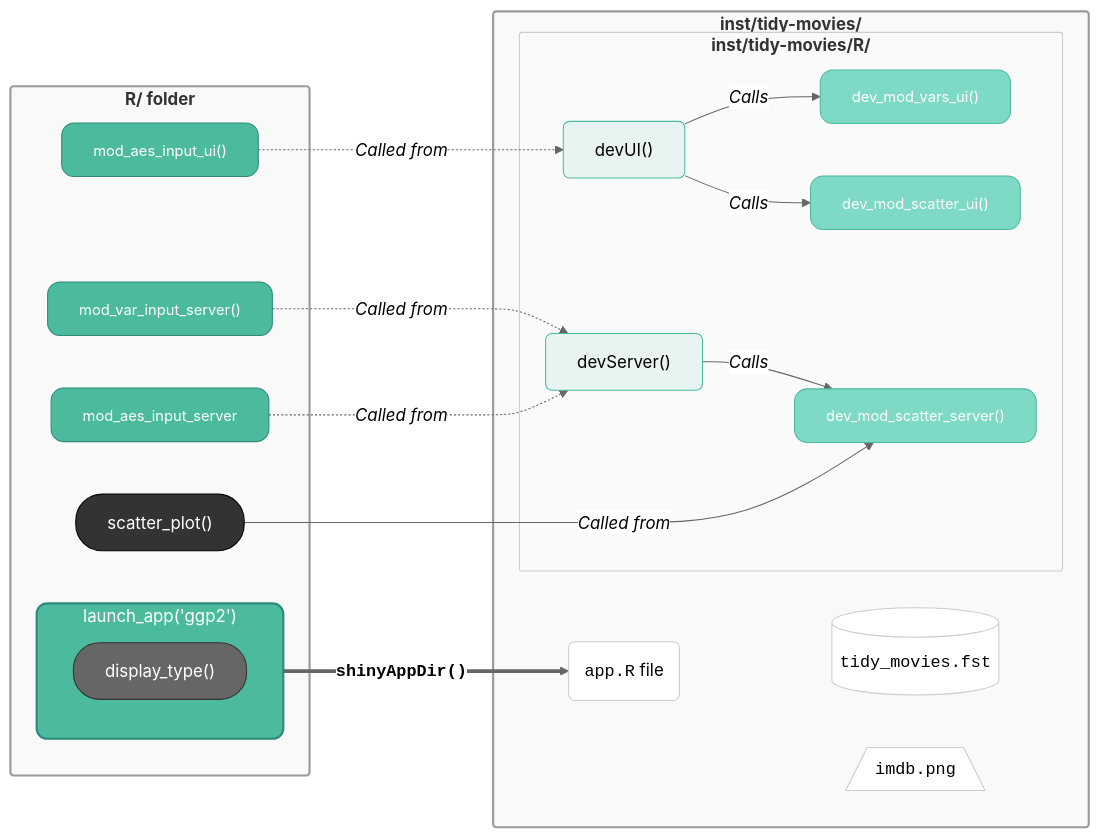
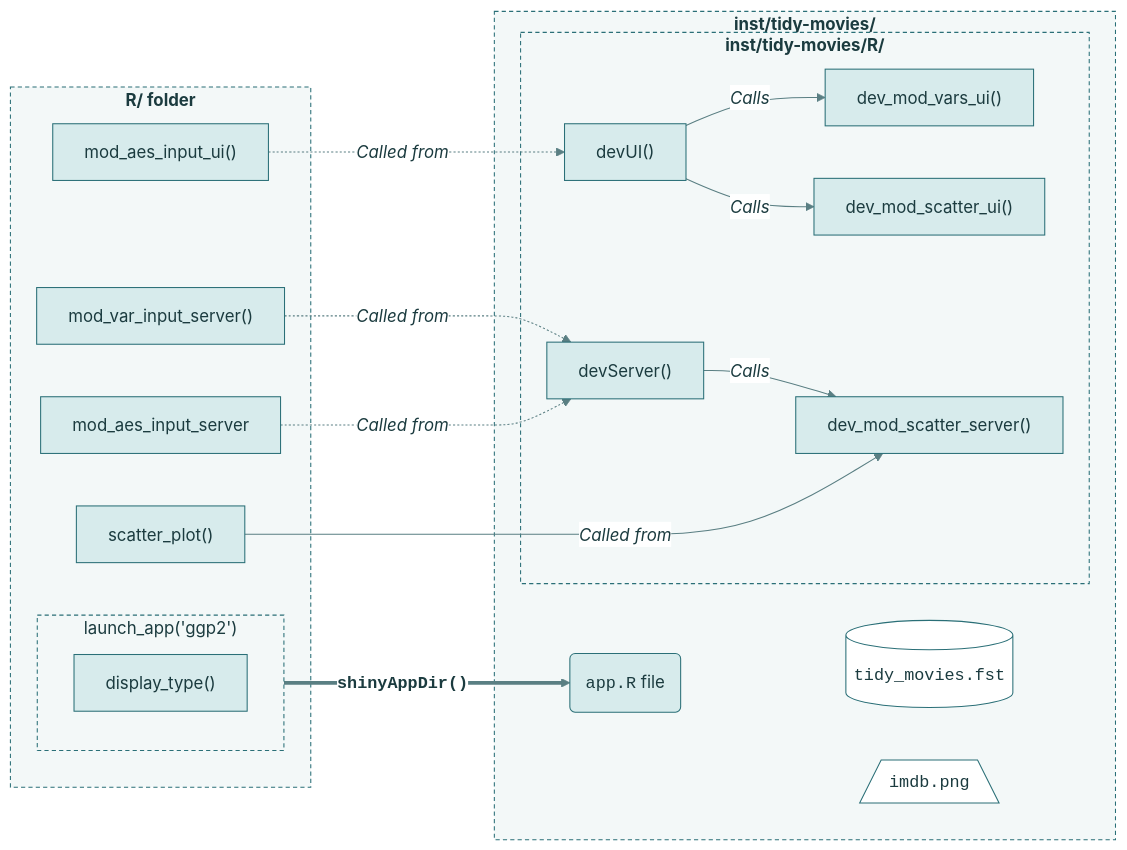
Before and after one commit to mjfrigaard/shiny-app-pkgs: the first of 2 diagrams in logging.qmd, drawn with Mermaid. The commit also changed other lines of this file and 22 other files, not shown here.

First line of the commit message:
Standardize mermaid diagrams on the site teal palette

````diff
--- a/logging.qmd
+++ b/logging.qmd
@@ -74,66 +74,60 @@
 ```{mermaid}
 %%| fig-cap: 'Architecture of app functions in `inst/tidy-movies/` folder'
 %%| fig-align: center
-%%{init: {'theme': 'neutral', 'themeVariables': { 'fontFamily': 'monospace', "fontSize":"16px"}}}%%
+%%{init: {'theme': 'base', 'themeVariables': { 'fontFamily': 'monospace', "fontSize":"16px", "primaryColor":"#D7EBEC", "primaryTextColor":"#1B3B3F", "primaryBorderColor":"#2A6F77", "lineColor":"#5A7F83", "edgeLabelBackground":"#FFFFFF", "clusterBkg":"#F3F8F8", "clusterBorder":"#2A6F77", "darkMode":false}}}%%
 flowchart LR
         subgraph R["<strong>R/ folder</strong>"]
             subgraph launch["launch_app('ggp2')"]
                 display_type["display_type()"]
             end
                 mod_aes_input_ui["mod_aes_input_ui()"]
                 mod_aes_input_server["mod_aes_input_server"]
                 mod_var_input_server["mod_var_input_server()"]
                 scatter_plot["scatter_plot()"]
         end
 
         subgraph tidy_movies["<strong>inst/tidy-movies/</strong>"]
 
                 subgraph SubR["<strong>inst/tidy-movies/R/</strong>"]
                 devUI["devUI()"]
                 dev_mod_vars_ui["dev_mod_vars_ui()"]
                 dev_mod_scatter_ui["dev_mod_scatter_ui()"]
                 devUI -->|"<em>Calls</em>"|dev_mod_vars_ui & dev_mod_scatter_ui
                 devServer["devServer()"]
                 dev_mod_scatter_server["dev_mod_scatter_server()"]
                 devServer -->|"<em>Calls</em>"|dev_mod_scatter_server
                 end
 
             data[("<code>tidy_movies.fst"</code>)]
             img[/"<code>imdb.png</code>"\]
             appdotr("<code>app.R</code> file")
         end
 
 
         launch ==> |"<strong><code>shinyAppDir()</code></strong>"|appdotr
         mod_aes_input_ui -.->|"<em>Called from</em>"|devUI
         mod_var_input_server & mod_aes_input_server -.->|"<em>Called from</em>"|devServer
         scatter_plot --> |"<em>Called from</em>"|dev_mod_scatter_server
 
 
     %% R/
-    style R fill:#f9f9f9,stroke:#999,stroke-width:2px,rx:3,ry:3
     %% standalone app function
-    style launch fill:#4CBB9D,color:#fff,stroke:#2d8a7a,stroke-width:2px,rx:10,ry:10
     %% modules
-    style mod_var_input_server font-size:14px,color:#fff,fill:#4CBB9D,stroke:#2d8a7a,stroke-width:1px,rx:12,ry:12
-    style mod_aes_input_ui font-size:14px,color:#fff,fill:#4CBB9D,stroke:#2d8a7a,stroke-width:1px,rx:12,ry:12
-    style mod_aes_input_server font-size:14px,color:#fff,fill:#4CBB9D,stroke:#2d8a7a,stroke-width:1px,rx:12,ry:12
     %% utility functions
-    style scatter_plot fill:#333,color:#FFF,stroke:#000,stroke-width:1px,rx:25,ry:25
-    style display_type fill:#666,color:#FFF,stroke:#333,stroke-width:1px,rx:25,ry:25
 
     %% tidy-movies/
-    style tidy_movies fill:#f9f9f9,stroke:#999,stroke-width:2px,rx:3,ry:3
     %% tidy-movies/R
-    style SubR fill:#fafafa,stroke:#ccc,stroke-width:1px,rx:3,ry:3
     %% tidy-movies/R/ files
-    style devUI fill:#e8f4f1,stroke:#4CBB9D,stroke-width:1px,rx:6,ry:6
-    style devServer fill:#e8f4f1,stroke:#4CBB9D,stroke-width:1px,rx:6,ry:6
-    style dev_mod_scatter_server font-size:14px,color:#fff,fill:#7fd9c7,stroke:#4CBB9D,stroke-width:1px,rx:12,ry:12
-    style dev_mod_scatter_ui font-size:14px,color:#fff,fill:#7fd9c7,stroke:#4CBB9D,stroke-width:1px,rx:12,ry:12
-    style dev_mod_vars_ui font-size:14px,color:#fff,fill:#7fd9c7,stroke:#4CBB9D,stroke-width:1px,rx:12,ry:12
     %% files
-    style data fill:#ffffff,color:#000,stroke:#ccc,stroke-width:1px,rx:6,ry:6
-    style img fill:#ffffff,color:#000,stroke:#ccc,stroke-width:1px,rx:6,ry:6
-    style appdotr fill:#ffffff,color:#000,stroke:#ccc,stroke-width:1px,rx:6,ry:6
+
+    classDef term fill:#2A6F77,color:#FFFFFF,stroke:#1B4F55,stroke-width:1px
+    classDef step fill:#D7EBEC,color:#1B3B3F,stroke:#2A6F77,stroke-width:1px
+    classDef decision fill:#F4C26B,color:#3D2A00,stroke:#B7832B,stroke-width:1px
+    classDef io fill:#FFFFFF,color:#1B3B3F,stroke:#2A6F77,stroke-width:1px
+    class display_type,mod_aes_input_ui,mod_aes_input_server,mod_var_input_server,scatter_plot,devUI,dev_mod_vars_ui,dev_mod_scatter_ui,devServer,dev_mod_scatter_server,appdotr step
+    class data,img io
+    style R fill:#F3F8F8,color:#1B3B3F,stroke:#2A6F77,stroke-width:1px,stroke-dasharray:4 3
+    style launch fill:#F3F8F8,color:#1B3B3F,stroke:#2A6F77,stroke-width:1px,stroke-dasharray:4 3
+    style tidy_movies fill:#F3F8F8,color:#1B3B3F,stroke:#2A6F77,stroke-width:1px,stroke-dasharray:4 3
+    style SubR fill:#F3F8F8,color:#1B3B3F,stroke:#2A6F77,stroke-width:1px,stroke-dasharray:4 3
 ```
````
